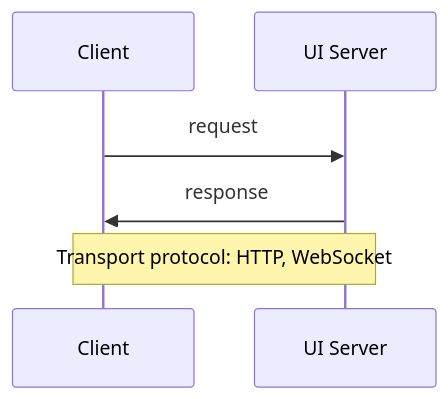
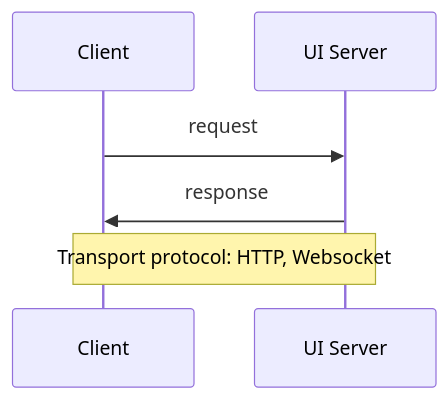
Before and after one commit to SAP/e-mobility-charging-stations-simulator: the diagram in README.md, drawn with Mermaid.

Commit message:
docs: fix typo in README.md

````diff
--- a/README.md
+++ b/README.md
@@ -503,6 +503,6 @@
 ```mermaid
 sequenceDiagram
 Client->>UI Server: request
 UI Server->>Client: response
-Note over UI Server,Client: Transport protocol: HTTP, WebSocket
+Note over UI Server,Client: Transport protocol: HTTP, Websocket
 ```
````
